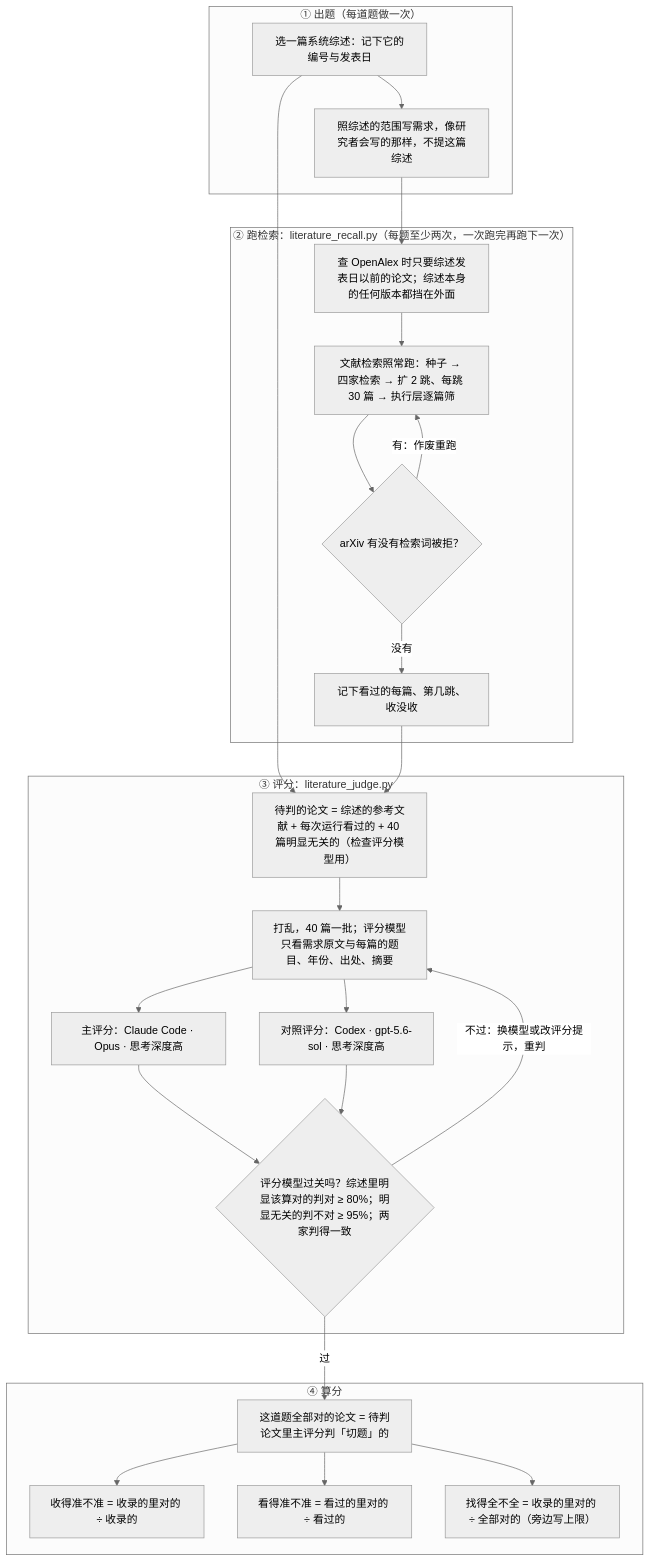
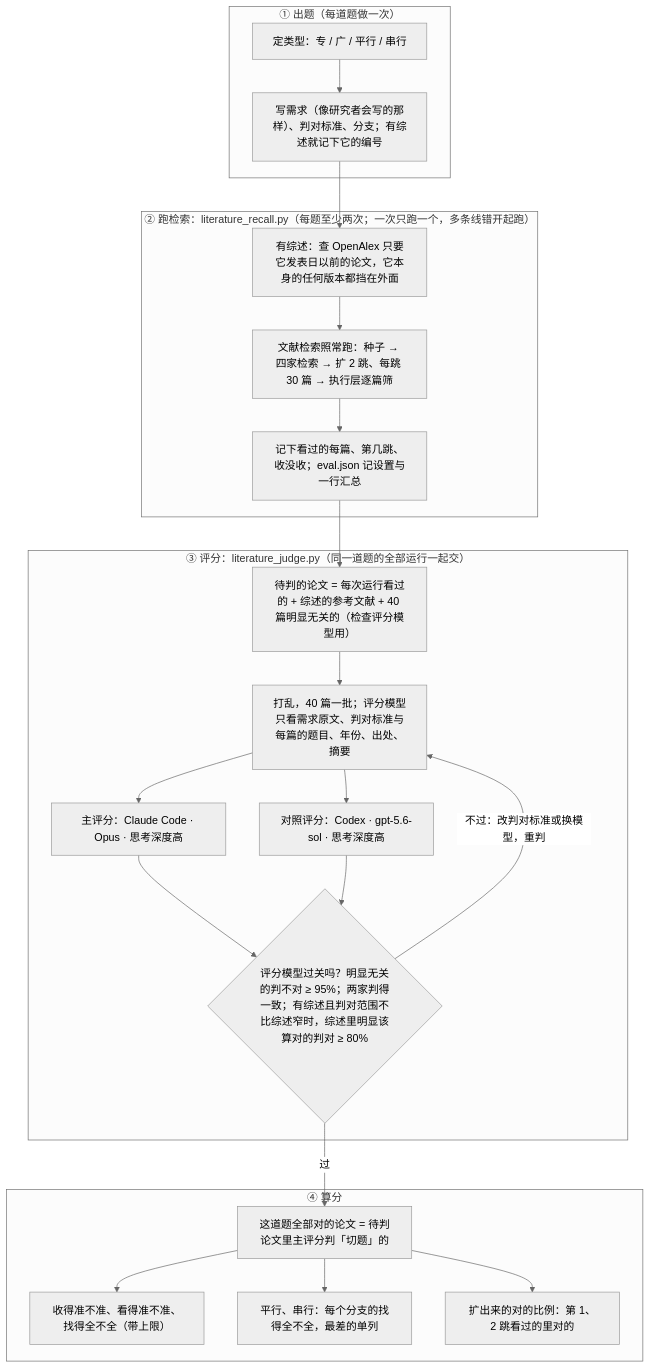
Before and after one commit to zephyr4123/TJU-AI4Science: the fourth of 4 diagrams in docs/specs/literature-search.md, drawn with Mermaid (neutral theme). The commit also changed other lines of this file and 3 other files, not shown here.

````diff
--- a/docs/specs/literature-search.md
+++ b/docs/specs/literature-search.md
@@ -221,37 +275,33 @@
 ```mermaid
 flowchart TB
   subgraph Q["① 出题（每道题做一次）"]
-    RV["选一篇系统综述：记下它的编号与发表日"]
-    REQ["照综述的范围写需求，像研究者会写的那样，不提这篇综述"]
-    RV --> REQ
+    KIND["定类型：专 / 广 / 平行 / 串行"]
+    REQ["写需求（像研究者会写的那样）、判对标准、分支；有综述就记下它的编号"]
+    KIND --> REQ
   end
-  subgraph R["② 跑检索：literature_recall.py（每题至少两次，一次跑完再跑下一次）"]
-    CUT["查 OpenAlex 时只要综述发表日以前的论文；综述本身的任何版本都挡在外面"]
+  subgraph R["② 跑检索：literature_recall.py（每题至少两次；一次只跑一个，多条线错开起跑）"]
+    CUT["有综述：查 OpenAlex 只要它发表日以前的论文，它本身的任何版本都挡在外面"]
     LS["文献检索照常跑：种子 → 四家检索 → 扩 2 跳、每跳 30 篇 → 执行层逐篇筛"]
-    OK{"arXiv 有没有检索词被拒？"}
-    C["记下看过的每篇、第几跳、收没收"]
-    CUT --> LS --> OK
-    OK -- "有：作废重跑" --> LS
-    OK -- "没有" --> C
+    C["记下看过的每篇、第几跳、收没收；eval.json 记设置与一行汇总"]
+    CUT --> LS --> C
   end
-  subgraph J["③ 评分：literature_judge.py"]
-    POOL["待判的论文 = 综述的参考文献 + 每次运行看过的 + 40 篇明显无关的（检查评分模型用）"]
-    MIX["打乱，40 篇一批；评分模型只看需求原文与每篇的题目、年份、出处、摘要"]
+  subgraph J["③ 评分：literature_judge.py（同一道题的全部运行一起交）"]
+    POOL["待判的论文 = 每次运行看过的 + 综述的参考文献 + 40 篇明显无关的（检查评分模型用）"]
+    MIX["打乱，40 篇一批；评分模型只看需求原文、判对标准与每篇的题目、年份、出处、摘要"]
     A["主评分：Claude Code · Opus · 思考深度高"]
     B["对照评分：Codex · gpt-5.6-sol · 思考深度高"]
-    GATE{"评分模型过关吗？综述里明显该算对的判对 ≥ 80%；明显无关的判不对 ≥ 95%；两家判得一致"}
+    GATE{"评分模型过关吗？明显无关的判不对 ≥ 95%；两家判得一致；有综述且判对范围不比综述窄时，综述里明显该算对的判对 ≥ 80%"}
     POOL --> MIX --> A & B --> GATE
-    GATE -- "不过：换模型或改评分提示，重判" --> MIX
+    GATE -- "不过：改判对标准或换模型，重判" --> MIX
   end
   subgraph S["④ 算分"]
     ALL["这道题全部对的论文 = 待判论文里主评分判「切题」的"]
-    P["收得准不准 = 收录的里对的 ÷ 收录的"]
-    Y["看得准不准 = 看过的里对的 ÷ 看过的"]
-    F["找得全不全 = 收录的里对的 ÷ 全部对的（旁边写上限）"]
-    ALL --> P & Y & F
+    P["收得准不准、看得准不准、找得全不全（带上限）"]
+    BR["平行、串行：每个分支的找得全不全，最差的单列"]
+    HOP["扩出来的对的比例：第 1、2 跳看过的里对的"]
+    ALL --> P & BR & HOP
   end
   REQ --> CUT
-  RV --> POOL
   C --> POOL
   GATE -- "过" --> ALL
 ```
````
